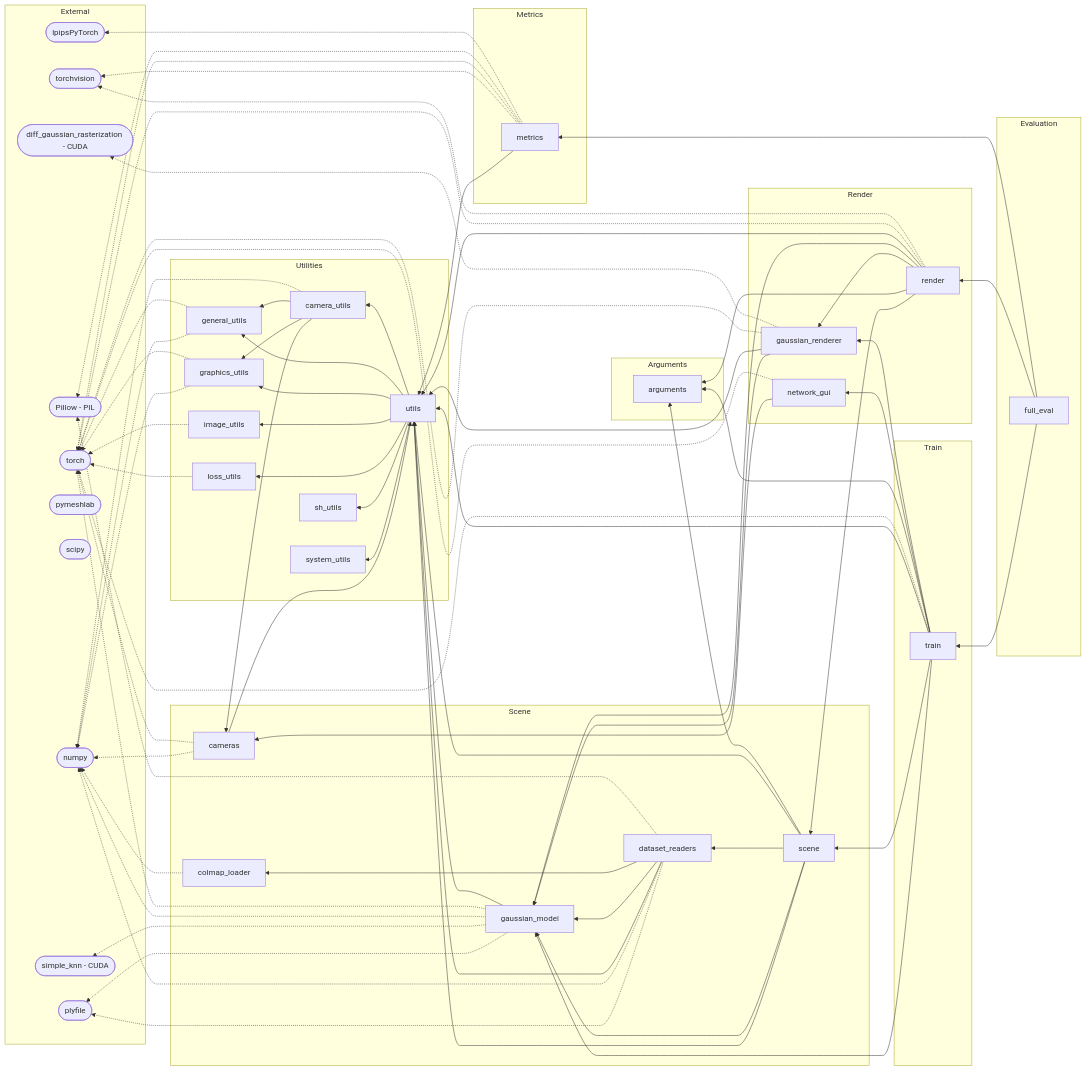
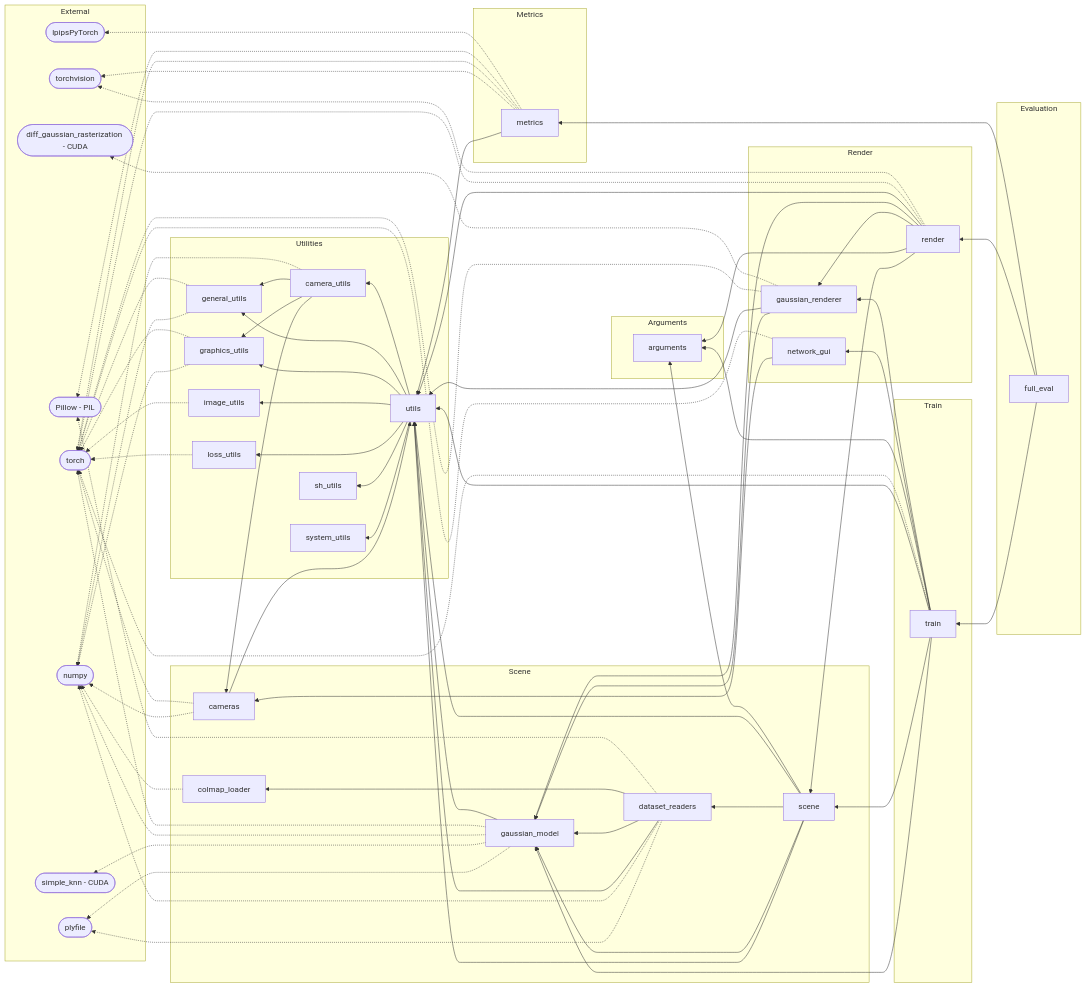
One commit to AsherJingkongChen/3DGS changed the diagram in docs/dependency/original-reference.orig.md. Above: the diagram before and after it, drawn with Mermaid. The commit also changed 1 other file, not shown here.

Commit message:
(patch): Pre-commit hook

```diff
--- a/docs/dependency/original-reference.orig.md
+++ b/docs/dependency/original-reference.orig.md
@@ -11,8 +11,6 @@
     numpy([numpy])
     Pillow([Pillow - PIL])
     plyfile([plyfile])
-    pymeshlab([pymeshlab])
-    scipy([scipy])
     simple_knn([simple_knn - CUDA])
     torch([torch])
     torchvision([torchvision])
```
